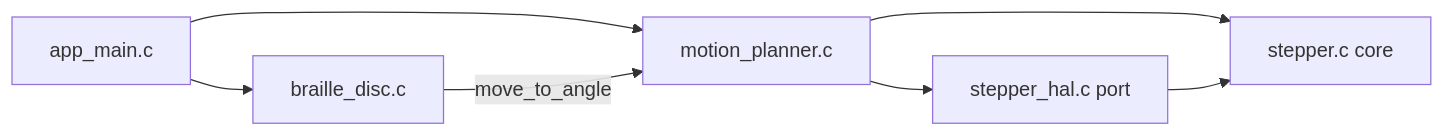
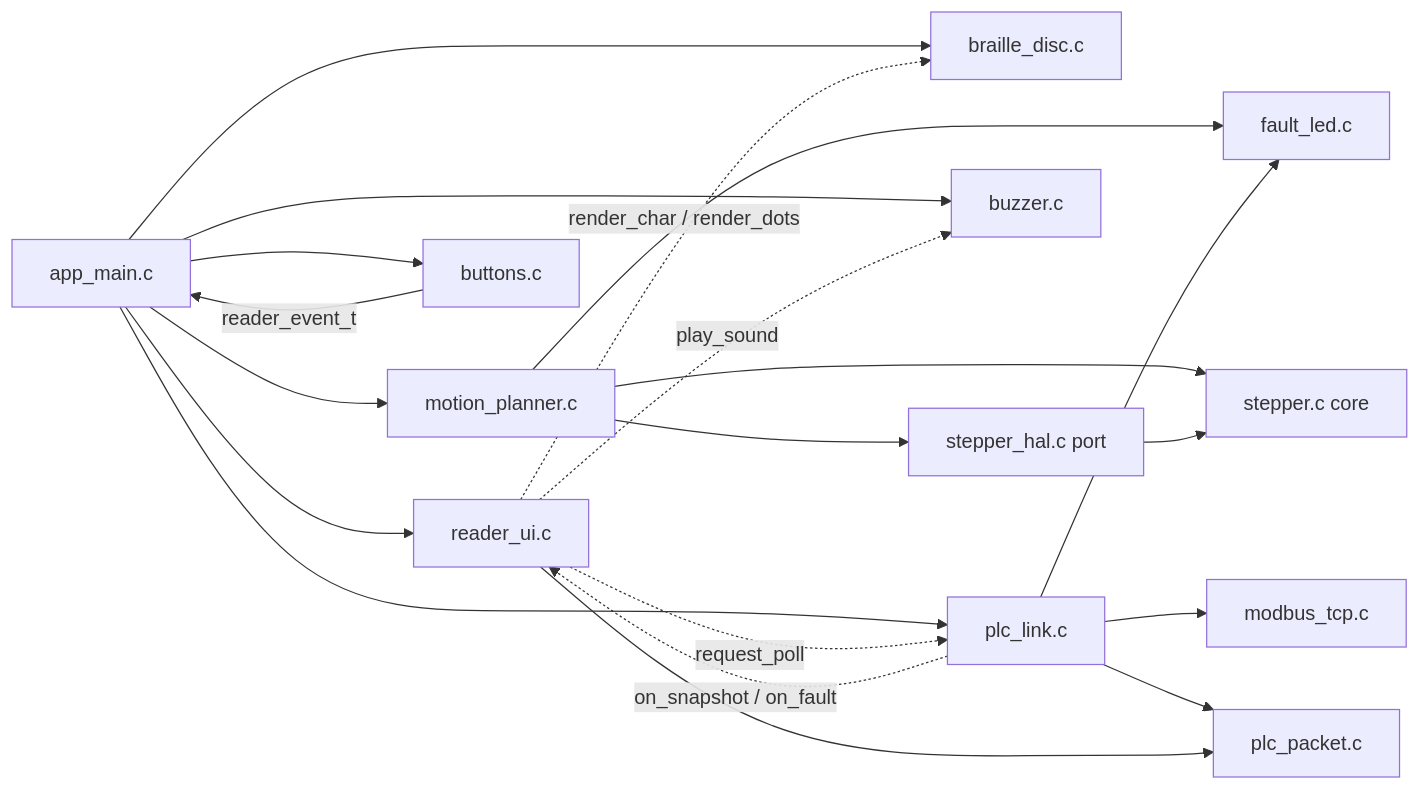
Before and after one commit to alexbatista/single-cell-braille-controller: the diagram in docs/01-architecture-layers.md, drawn with Mermaid. The commit also changed other lines of this file and 6 other files, not shown here.

First line of the commit message:
docs: document the MODBUS TCP reader

````diff
--- a/docs/01-architecture-layers.md
+++ b/docs/01-architecture-layers.md
@@ -155,9 +235,22 @@
 ```mermaid
 graph LR
-    A[app_main.c] --> B[braille_disc.c]
-    A --> C[motion_planner.c]
-    B -->|move_to_angle| C
-    C --> D[stepper.c core]
-    C --> E[stepper_hal.c port]
+    AM[app_main.c] --> BD[braille_disc.c]
+    AM --> MP[motion_planner.c]
+    AM --> RU[reader_ui.c]
+    AM --> PL[plc_link.c]
+    AM --> BTN[buttons.c]
+    AM --> BZ[buzzer.c]
+    RU -.->|render_char / render_dots| BD
+    RU -.->|play_sound| BZ
+    RU -.->|request_poll| PL
+    PL -.->|on_snapshot / on_fault| RU
+    BTN -->|reader_event_t| AM
+    PL --> MT[modbus_tcp.c]
+    PL --> PP[plc_packet.c]
+    RU --> PP
+    MP --> FL[fault_led.c]
+    PL --> FL
+    MP --> D[stepper.c core]
+    MP --> E[stepper_hal.c port]
     E --> D
 ```
````
